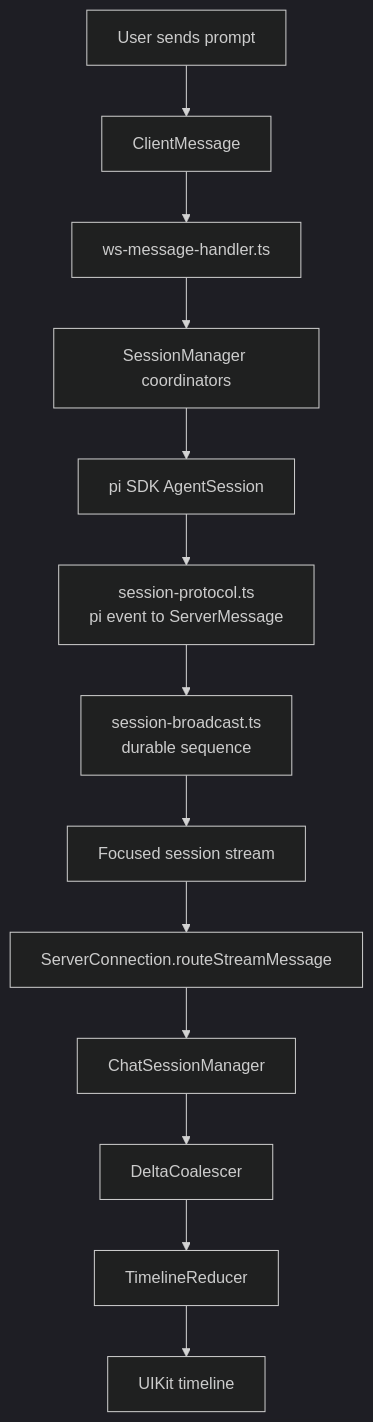
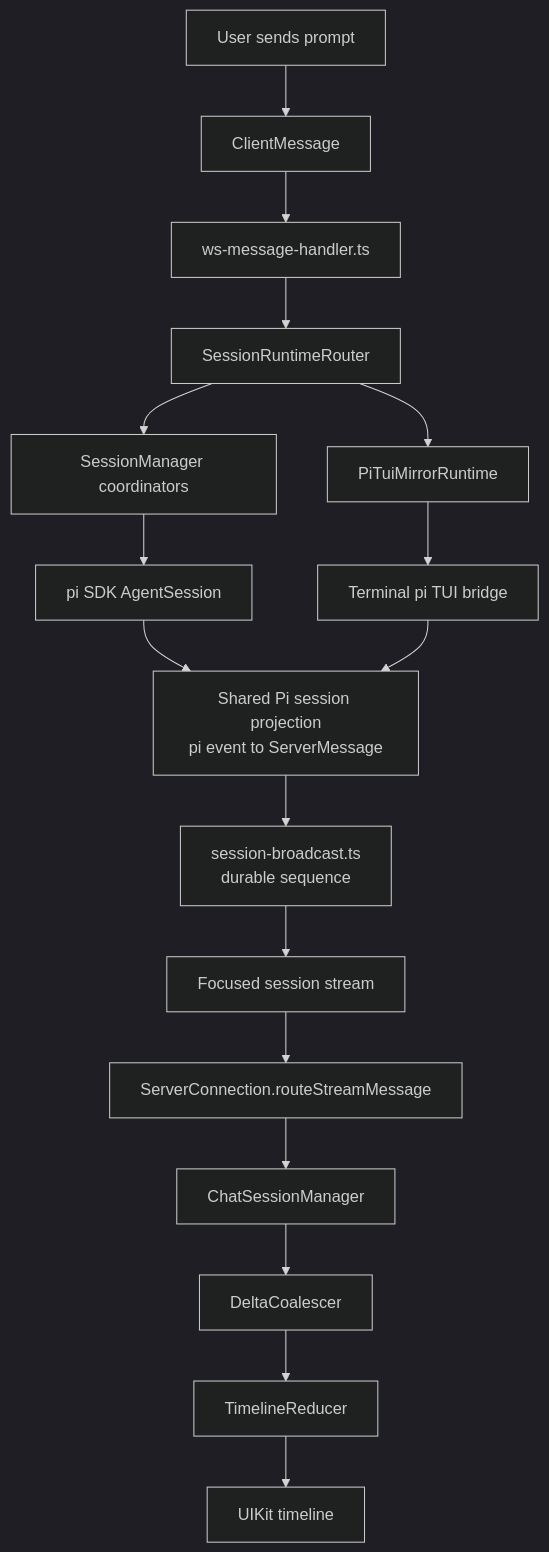
One commit to duh17/oppi changed the fourth of 7 diagrams in docs/architecture.md. Above: the diagram before and after it, drawn with Mermaid (dark theme). The commit also changed other lines of this file, not shown here.

Commit message:
docs: update architecture for pi mirror runtime

````diff
--- a/docs/architecture.md
+++ b/docs/architecture.md
@@ -91,29 +123,36 @@
 ```mermaid
 graph TD
   Prompt[User sends prompt]
   ClientMsg[ClientMessage]
   Handler[ws-message-handler.ts]
+  Router[SessionRuntimeRouter]
   SessionMgr[SessionManager coordinators]
+  Mirror[PiTuiMirrorRuntime]
   SDK[pi SDK AgentSession]
-  Translate[session-protocol.ts<br/>pi event to ServerMessage]
+  Terminal[Terminal pi TUI bridge]
+  Translate[Shared Pi session projection<br/>pi event to ServerMessage]
   Sequence[session-broadcast.ts<br/>durable sequence]
   Stream[Focused session stream]
   Route[ServerConnection.routeStreamMessage]
   Manager[ChatSessionManager]
   Coalesce[DeltaCoalescer]
   Reduce[TimelineReducer]
   Render[UIKit timeline]
 
   Prompt --> ClientMsg
   ClientMsg --> Handler
-  Handler --> SessionMgr
+  Handler --> Router
+  Router --> SessionMgr
+  Router --> Mirror
   SessionMgr --> SDK
+  Mirror --> Terminal
   SDK --> Translate
+  Terminal --> Translate
   Translate --> Sequence
   Sequence --> Stream
   Stream --> Route
   Route --> Manager
   Manager --> Coalesce
   Coalesce --> Reduce
   Reduce --> Render
 ```
````
